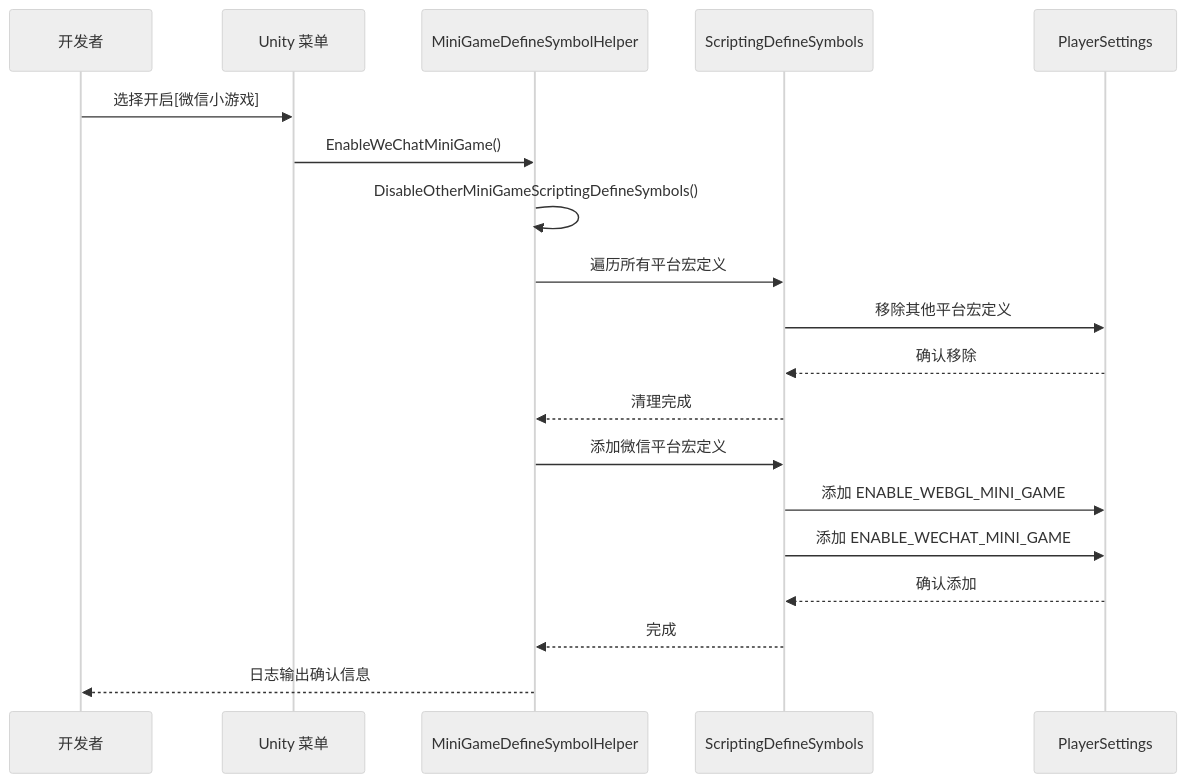
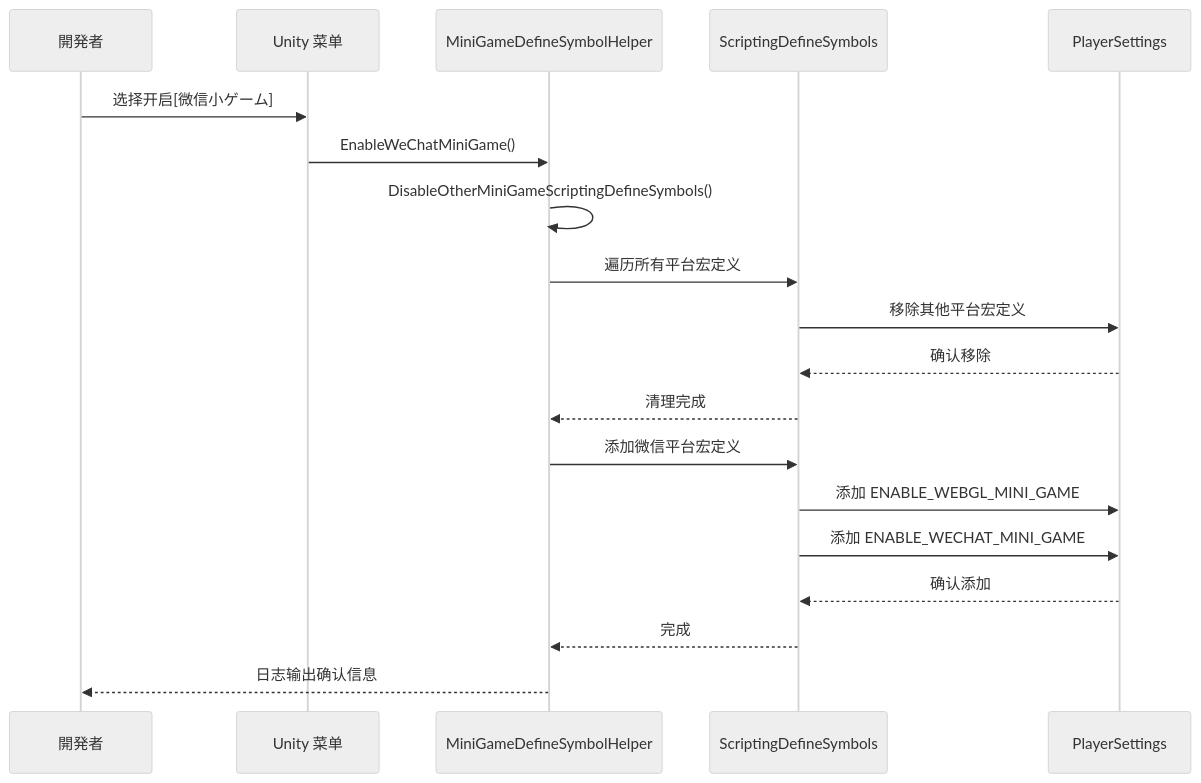
Before and after one commit to AlianBlank/GameFrameX.Docs: the third of 3 diagrams in docs/ja/client/unity/component/core/19.platforms.md, drawn with Mermaid (neutral theme). The commit also changed other lines of this file and 603 other files, not shown here.

````diff
--- a/docs/ja/client/unity/component/core/19.platforms.md
+++ b/docs/ja/client/unity/component/core/19.platforms.md
@@ -107,22 +107,22 @@
 ```mermaid
 sequenceDiagram
-    participant Dev as 开发者
+    participant Dev as 開発者
     participant Menu as Unity 菜单
     participant Helper as MiniGameDefineSymbolHelper
     participant Symbols as ScriptingDefineSymbols
     participant Player as PlayerSettings
 
-    Dev->>Menu: 选择开启[微信小游戏]
+    Dev->>Menu: 选择开启[微信小ゲーム]
     Menu->>Helper: EnableWeChatMiniGame()
     Helper->>Helper: DisableOtherMiniGameScriptingDefineSymbols()
     Helper->>Symbols: 遍历所有平台宏定义
     Symbols->>Player: 移除其他平台宏定义
     Player-->>Symbols: 确认移除
     Symbols-->>Helper: 清理完成
     Helper->>Symbols: 添加微信平台宏定义
     Symbols->>Player: 添加 ENABLE_WEBGL_MINI_GAME
     Symbols->>Player: 添加 ENABLE_WECHAT_MINI_GAME
     Player-->>Symbols: 确认添加
     Symbols-->>Helper: 完成
     Helper-->>Dev: 日志输出确认信息
 ```
````
